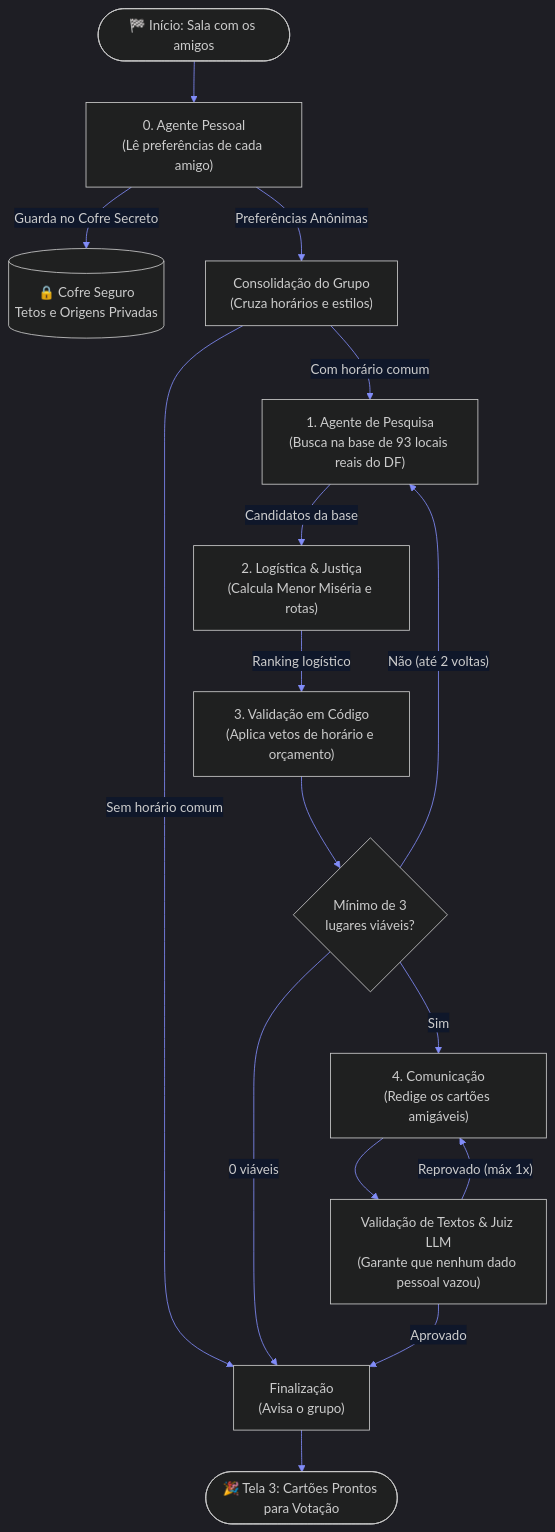
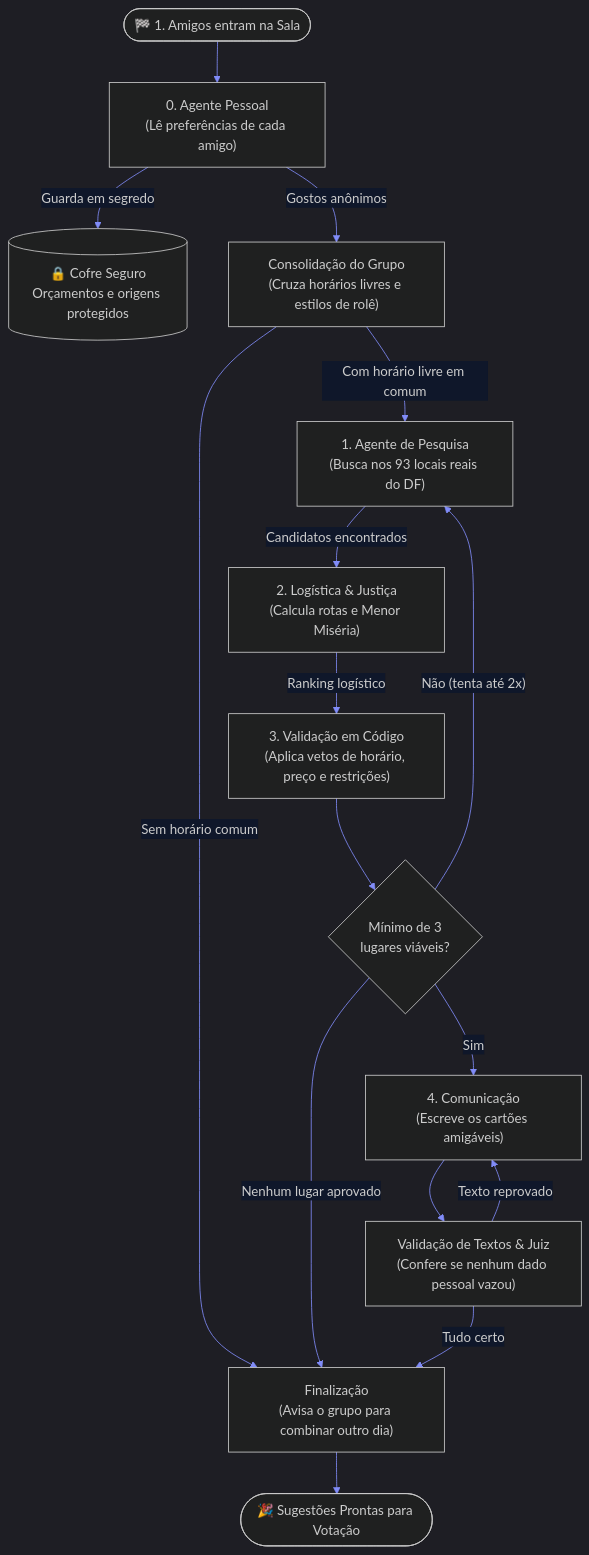
Before and after one commit to Residencia-IA-Challenge-2-Grupo-7/residencia-ia-g7-challenge2: the diagram in docs/arquitetura/multiagente.md, drawn with Mermaid. The commit also changed other lines of this file and 2 other files, not shown here.

Commit message:
docs: remove indice lateral de multiagente, garante alto contraste no diagrama e simplifica linguagem

````diff
--- a/docs/arquitetura/multiagente.md
+++ b/docs/arquitetura/multiagente.md
@@ -30,24 +34,24 @@
 ```mermaid
-%%{init: {'theme': 'dark', 'themeVariables': {'darkMode': true, 'primaryColor': '#1e293b', 'primaryTextColor': '#ffffff', 'primaryBorderColor': '#818cf8', 'lineColor': '#818cf8', 'edgeLabelBackground': '#0f172a'}}}%%
+%%{init: {'theme': 'dark', 'themeVariables': {'darkMode': true, 'background': '#0f172a', 'primaryColor': '#1e293b', 'primaryTextColor': '#ffffff', 'primaryBorderColor': '#818cf8', 'lineColor': '#818cf8', 'edgeLabelBackground': '#0f172a'}}}%%
 flowchart TD
-    IN(["🏁 Início: Sala com os amigos"]) --> P["0. Agente Pessoal<br/>(Lê preferências de cada amigo)"]
-    P -->|"Guarda no Cofre Secreto"| COF[("🔒 Cofre Seguro<br/>Tetos e Origens Privadas")]
-    P -->|"Preferências Anônimas"| G["Consolidação do Grupo<br/>(Cruza horários e estilos)"]
+    IN(["🏁 1. Amigos entram na Sala"]) --> P["0. Agente Pessoal<br/>(Lê preferências de cada amigo)"]
+    P -->|"Guarda em segredo"| COF[("🔒 Cofre Seguro<br/>Orçamentos e origens protegidos")]
+    P -->|"Gostos anônimos"| G["Consolidação do Grupo<br/>(Cruza horários livres e estilos de rolê)"]
     
-    G -->|"Com horário comum"| PQ["1. Agente de Pesquisa<br/>(Busca na base de 93 locais reais do DF)"]
-    G -->|"Sem horário comum"| F["Finalização<br/>(Avisa o grupo)"]
+    G -->|"Com horário livre em comum"| PQ["1. Agente de Pesquisa<br/>(Busca nos 93 locais reais do DF)"]
+    G -->|"Sem horário comum"| F["Finalização<br/>(Avisa o grupo para combinar outro dia)"]
     
-    PQ -->|"Candidatos da base"| L["2. Logística & Justiça<br/>(Calcula Menor Miséria e rotas)"]
-    L -->|"Ranking logístico"| V["3. Validação em Código<br/>(Aplica vetos de horário e orçamento)"]
+    PQ -->|"Candidatos encontrados"| L["2. Logística & Justiça<br/>(Calcula rotas e Menor Miséria)"]
+    L -->|"Ranking logístico"| V["3. Validação em Código<br/>(Aplica vetos de horário, preço e restrições)"]
     
     V --> C1{"Mínimo de 3<br/>lugares viáveis?"}
-    C1 -->|"Não (até 2 voltas)"| PQ
-    C1 -->|"Sim"| CM["4. Comunicação<br/>(Redige os cartões amigáveis)"]
-    C1 -->|"0 viáveis"| F
+    C1 -->|"Não (tenta até 2x)"| PQ
+    C1 -->|"Sim"| CM["4. Comunicação<br/>(Escreve os cartões amigáveis)"]
+    C1 -->|"Nenhum lugar aprovado"| F
     
-    CM --> VT["Validação de Textos & Juiz LLM<br/>(Garante que nenhum dado pessoal vazou)"]
-    VT -->|"Reprovado (máx 1x)"| CM
-    VT -->|"Aprovado"| F
+    CM --> VT["Validação de Textos & Juiz<br/>(Confere se nenhum dado pessoal vazou)"]
+    VT -->|"Texto reprovado"| CM
+    VT -->|"Tudo certo"| F
     
-    F --> OUT(["🎉 Tela 3: Cartões Prontos para Votação"])
+    F --> OUT(["🎉 Sugestões Prontas para Votação"])
 ```
````
